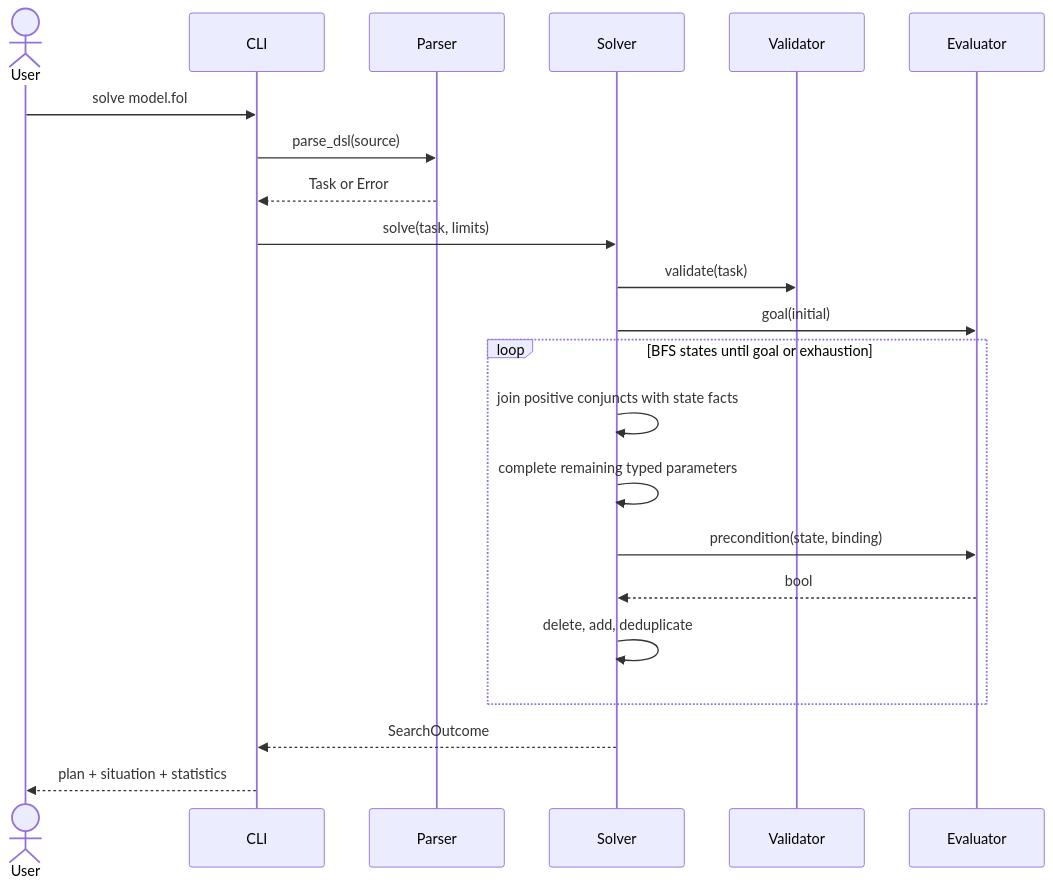
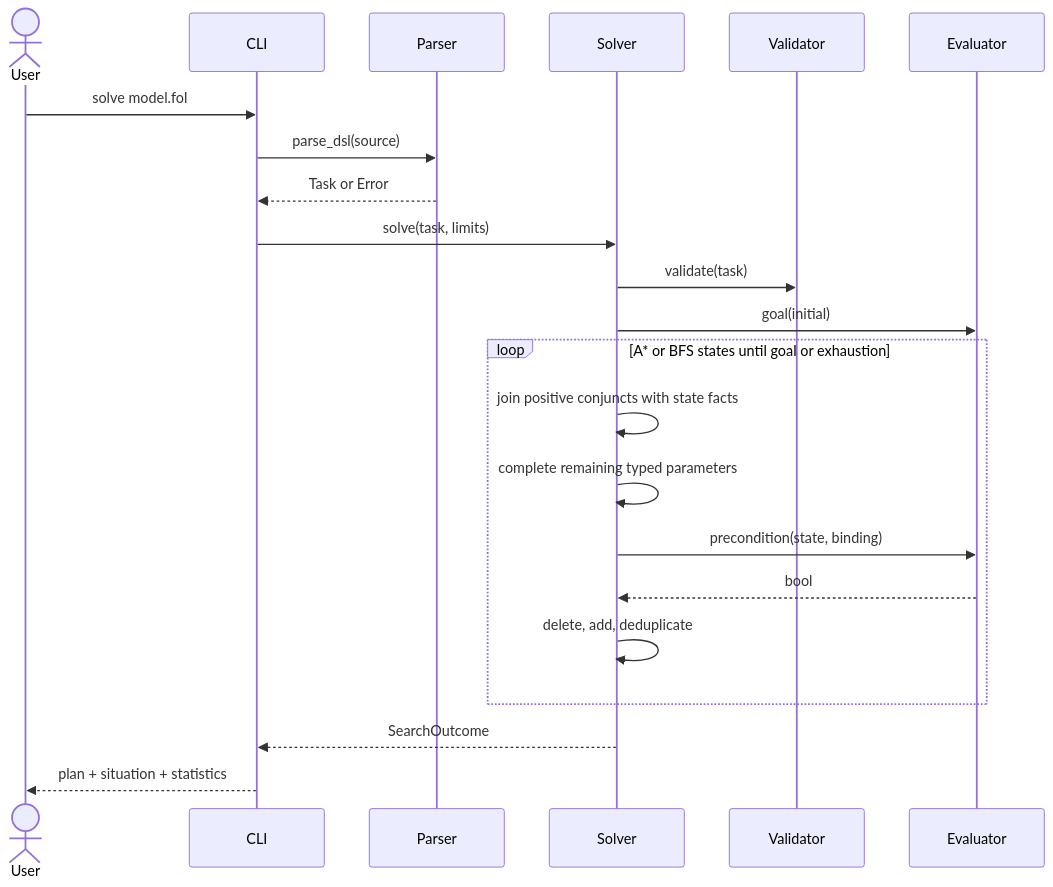
Before and after one commit to LucaSforza/PDDL-FOL: the third of 3 diagrams in kb/02-architecture.md, drawn with Mermaid. The commit also changed other lines of this file and 21 other files, not shown here.

````diff
--- a/kb/02-architecture.md
+++ b/kb/02-architecture.md
@@ -59,19 +61,19 @@
 ```mermaid
 sequenceDiagram
     actor User
     User->>CLI: solve model.fol
     CLI->>Parser: parse_dsl(source)
     Parser-->>CLI: Task or Error
     CLI->>Solver: solve(task, limits)
     Solver->>Validator: validate(task)
     Solver->>Evaluator: goal(initial)
-    loop BFS states until goal or exhaustion
+    loop A* or BFS states until goal or exhaustion
         Solver->>Solver: join positive conjuncts with state facts
         Solver->>Solver: complete remaining typed parameters
         Solver->>Evaluator: precondition(state, binding)
         Evaluator-->>Solver: bool
         Solver->>Solver: delete, add, deduplicate
     end
     Solver-->>CLI: SearchOutcome
     CLI-->>User: plan + situation + statistics
 ```
````
